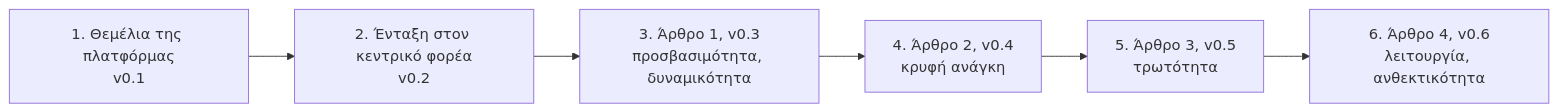
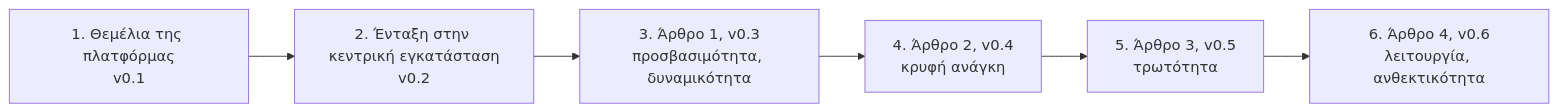
The diagram in docs/roadmap.el.md (SolidarityNode/snode), drawn with Mermaid before and after one commit. The commit also changed other lines of this file and 12 other files, not shown here.

First line of the commit message:
docs: hub is «κεντρική εγκατάσταση», accept ADR 0019

````diff
--- a/docs/roadmap.el.md
+++ b/docs/roadmap.el.md
@@ -9,8 +9,8 @@
 ```mermaid
 flowchart LR
-    F["1. Θεμέλια της πλατφόρμας<br/>v0.1"] --> H["2. Ένταξη στον κεντρικό φορέα<br/>v0.2"]
+    F["1. Θεμέλια της πλατφόρμας<br/>v0.1"] --> H["2. Ένταξη στην κεντρική εγκατάσταση<br/>v0.2"]
     H --> P1["3. Άρθρο 1, v0.3<br/>προσβασιμότητα, δυναμικότητα"]
     P1 --> P2["4. Άρθρο 2, v0.4<br/>κρυφή ανάγκη"]
     P2 --> P3["5. Άρθρο 3, v0.5<br/>τρωτότητα"]
     P3 --> P4["6. Άρθρο 4, v0.6<br/>λειτουργία, ανθεκτικότητα"]
 ```
````
